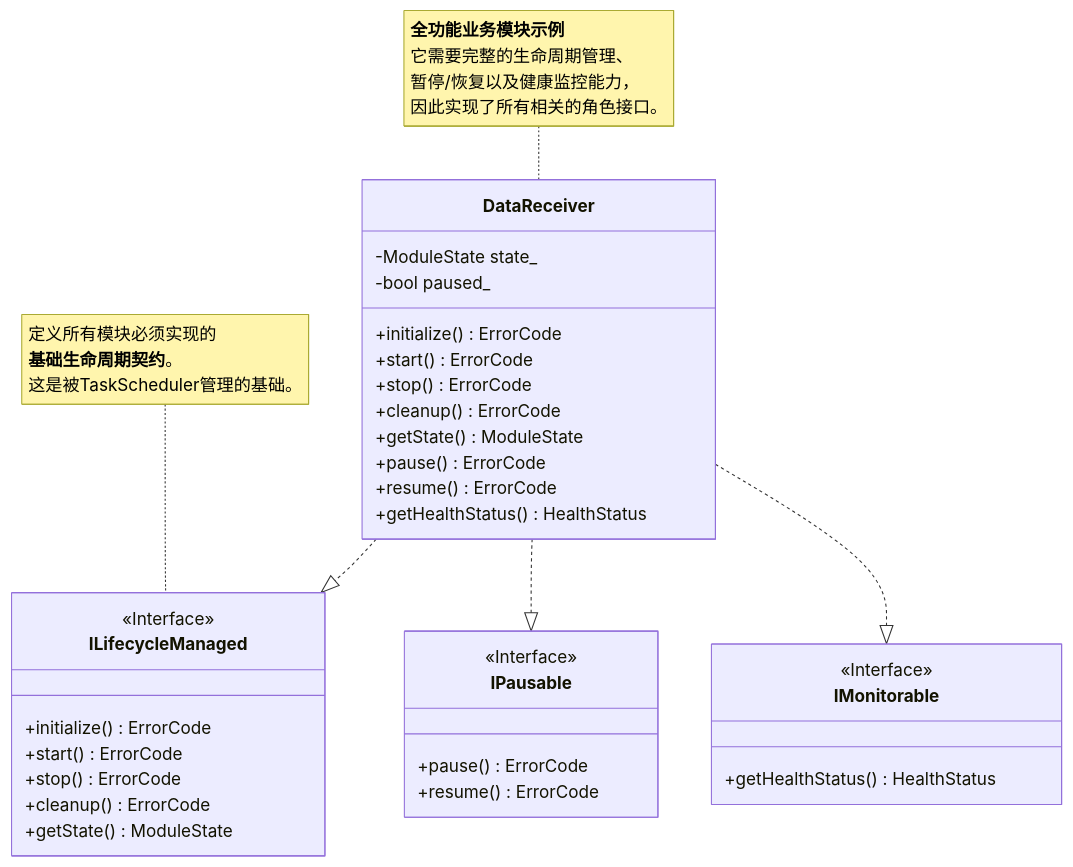
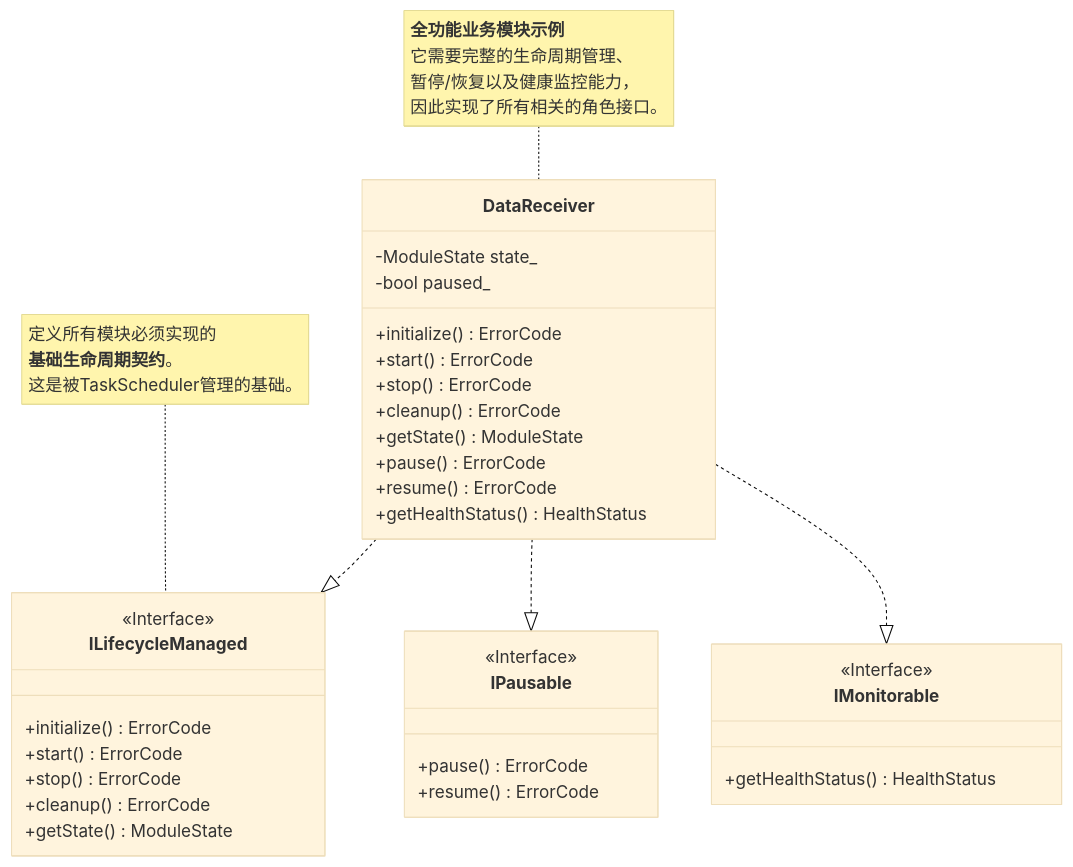
Before and after one commit to wendizhou99-cell/Radar: diagram 14 of 16 in docs/03_技术规范/Mermaid可视化设计指南.md, drawn with Mermaid. The commit also changed other lines of this file and 46 other files, not shown here.

````diff
--- a/docs/03_技术规范/Mermaid可视化设计指南.md
+++ b/docs/03_技术规范/Mermaid可视化设计指南.md
@@ -857,44 +945,50 @@
     ```mermaid
+    ---
+      config:
+        theme: base
+        flowchart:
+          curve: basis
+    ---
     classDiagram
         %% --- 接口定义 ---
         class ILifecycleManaged {
             <<Interface>>
             +initialize() ErrorCode
             +start() ErrorCode
             +stop() ErrorCode
             +cleanup() ErrorCode
             +getState() ModuleState
         }
         note for ILifecycleManaged "定义所有模块必须实现的<br/><b>基础生命周期契约</b>。<br/>这是被TaskScheduler管理的基础。"
 
         class IPausable {
             <<Interface>>
             +pause() ErrorCode
             +resume() ErrorCode
         }
 
         class IMonitorable {
             <<Interface>>
             +getHealthStatus() HealthStatus
         }
 
         %% --- 具体实现类 ---
         class DataReceiver {
             -ModuleState state_
             -bool paused_
             +initialize() ErrorCode
             +start() ErrorCode
             +stop() ErrorCode
             +cleanup() ErrorCode
             +getState() ModuleState
             +pause() ErrorCode
             +resume() ErrorCode
             +getHealthStatus() HealthStatus
         }
         note for DataReceiver "<b>全功能业务模块示例</b><br/>它需要完整的生命周期管理、<br/>暂停/恢复以及健康监控能力，<br/>因此实现了所有相关的角色接口。"
 
         %% --- 关系定义 ---
         DataReceiver ..|> ILifecycleManaged
         DataReceiver ..|> IPausable
         DataReceiver ..|> IMonitorable
     ```
````
